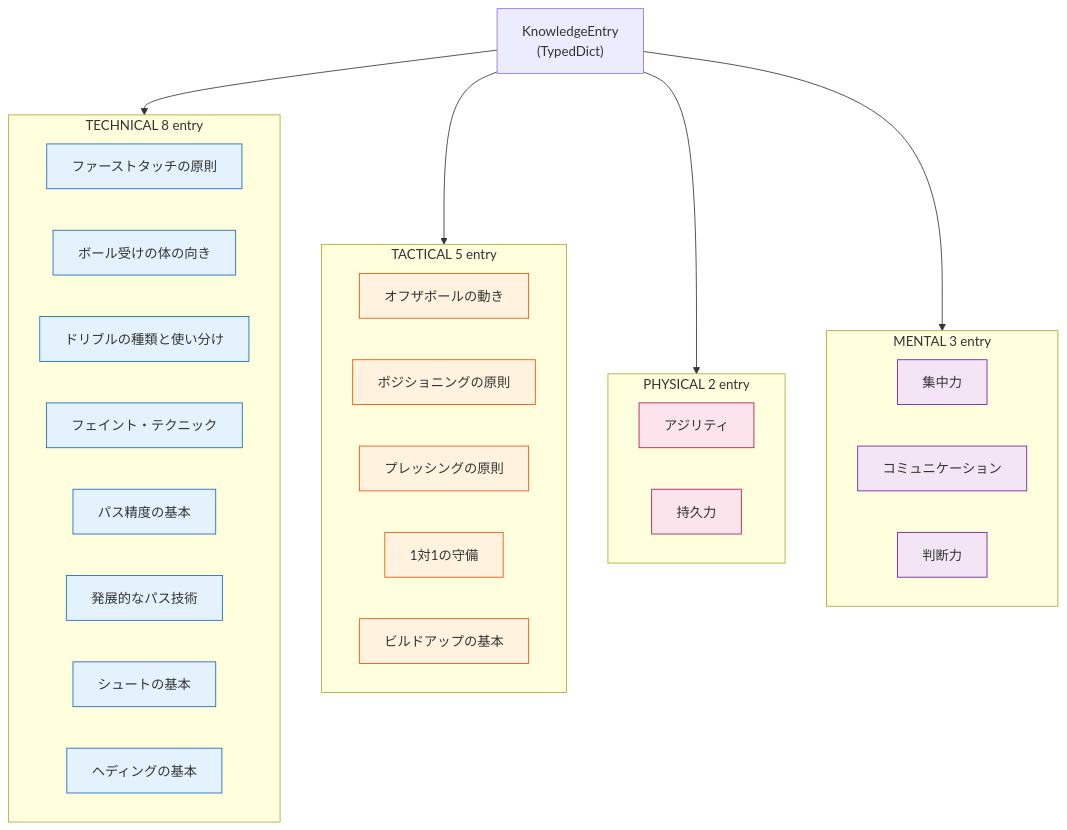
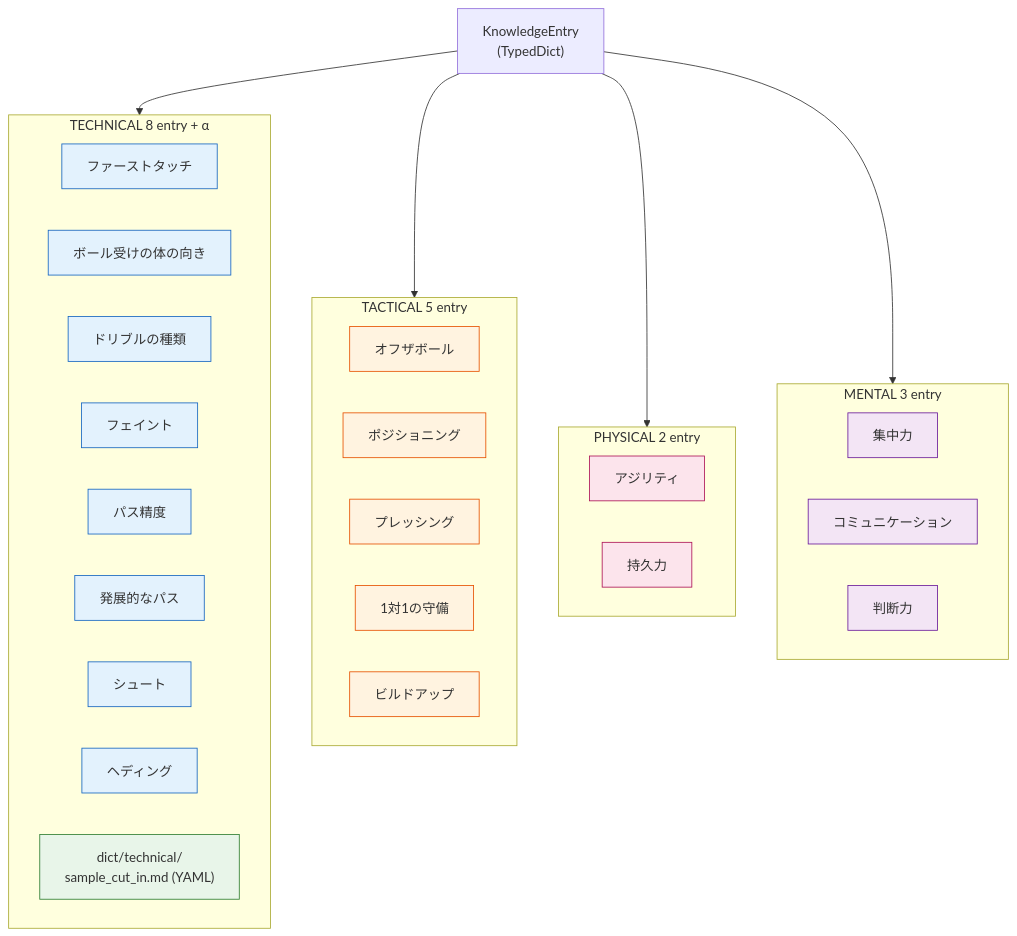
Before and after one commit to SakakitaniJunya/zenn-articles: the second of 4 diagrams in articles/rag-without-pgvector.md, drawn with Mermaid. The commit also changed other lines of this file, not shown here.

````diff
--- a/articles/rag-without-pgvector.md
+++ b/articles/rag-without-pgvector.md
@@ -108,44 +116,46 @@
 ```mermaid
 flowchart TB
     classDef tech fill:#e3f2fd,stroke:#1565c0
     classDef tact fill:#fff3e0,stroke:#e65100
     classDef phys fill:#fce4ec,stroke:#ad1457
     classDef ment fill:#f3e5f5,stroke:#6a1b9a
+    classDef yaml fill:#e8f5e9,stroke:#2e7d32
 
     K["KnowledgeEntry<br/>(TypedDict)"]
 
-    subgraph TECHNICAL [TECHNICAL 8 entry]
-        T1[ファーストタッチの原則]:::tech
+    subgraph TECHNICAL [TECHNICAL 8 entry + α]
+        T1[ファーストタッチ]:::tech
         T2[ボール受けの体の向き]:::tech
-        T3[ドリブルの種類と使い分け]:::tech
-        T4[フェイント・テクニック]:::tech
-        T5[パス精度の基本]:::tech
-        T6[発展的なパス技術]:::tech
-        T7[シュートの基本]:::tech
-        T8[ヘディングの基本]:::tech
+        T3[ドリブルの種類]:::tech
+        T4[フェイント]:::tech
+        T5[パス精度]:::tech
+        T6[発展的なパス]:::tech
+        T7[シュート]:::tech
+        T8[ヘディング]:::tech
+        TY["dict/technical/<br/>sample_cut_in.md (YAML)"]:::yaml
     end
 
     subgraph TACTICAL [TACTICAL 5 entry]
-        TA1[オフザボールの動き]:::tact
-        TA2[ポジショニングの原則]:::tact
-        TA3[プレッシングの原則]:::tact
+        TA1[オフザボール]:::tact
+        TA2[ポジショニング]:::tact
+        TA3[プレッシング]:::tact
         TA4[1対1の守備]:::tact
-        TA5[ビルドアップの基本]:::tact
+        TA5[ビルドアップ]:::tact
     end
 
     subgraph PHYSICAL [PHYSICAL 2 entry]
         P1[アジリティ]:::phys
         P2[持久力]:::phys
     end
 
     subgraph MENTAL [MENTAL 3 entry]
         M1[集中力]:::ment
         M2[コミュニケーション]:::ment
         M3[判断力]:::ment
     end
 
     K --> TECHNICAL
     K --> TACTICAL
     K --> PHYSICAL
     K --> MENTAL
 ```
````
